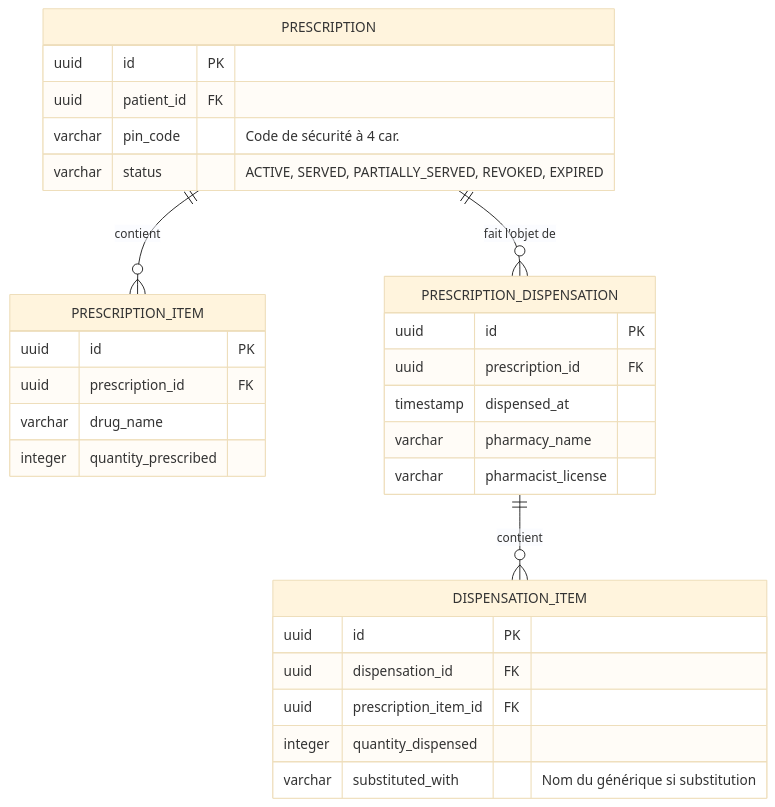
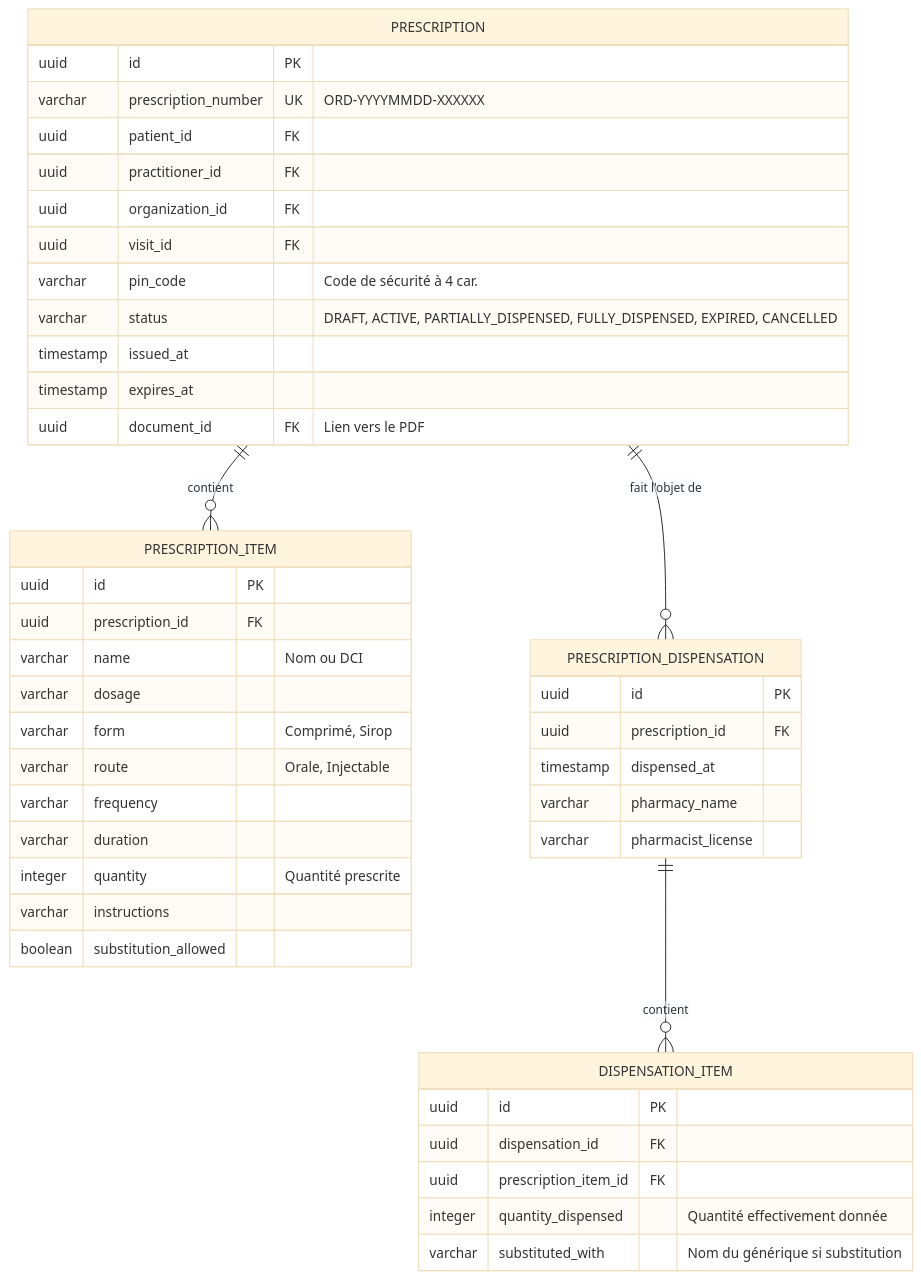
Before and after one commit to fomekong-jocelin/joprelys-connect: the diagram in docs/features/pharmacy-dispensation/TECHNICAL-DESIGN.md, drawn with Mermaid (base theme). The commit also changed other lines of this file and 4 other files, not shown here.

````diff
--- a/docs/features/pharmacy-dispensation/TECHNICAL-DESIGN.md
+++ b/docs/features/pharmacy-dispensation/TECHNICAL-DESIGN.md
@@ -15,32 +15,46 @@
 ```mermaid
 erDiagram
     PRESCRIPTION {
         uuid id PK
+        varchar prescription_number UK "ORD-YYYYMMDD-XXXXXX"
         uuid patient_id FK
+        uuid practitioner_id FK
+        uuid organization_id FK
+        uuid visit_id FK
         varchar pin_code "Code de sécurité à 4 car."
-        varchar status "ACTIVE, SERVED, PARTIALLY_SERVED, REVOKED, EXPIRED"
+        varchar status "DRAFT, ACTIVE, PARTIALLY_DISPENSED, FULLY_DISPENSED, EXPIRED, CANCELLED"
+        timestamp issued_at
+        timestamp expires_at
+        uuid document_id FK "Lien vers le PDF"
     }
     PRESCRIPTION_ITEM {
         uuid id PK
         uuid prescription_id FK
-        varchar drug_name
-        integer quantity_prescribed
+        varchar name "Nom ou DCI"
+        varchar dosage
+        varchar form "Comprimé, Sirop"
+        varchar route "Orale, Injectable"
+        varchar frequency
+        varchar duration
+        integer quantity "Quantité prescrite"
+        varchar instructions
+        boolean substitution_allowed
     }
     PRESCRIPTION_DISPENSATION {
         uuid id PK
         uuid prescription_id FK
         timestamp dispensed_at
         varchar pharmacy_name
         varchar pharmacist_license
     }
     DISPENSATION_ITEM {
         uuid id PK
         uuid dispensation_id FK
         uuid prescription_item_id FK
-        integer quantity_dispensed
+        integer quantity_dispensed "Quantité effectivement donnée"
         varchar substituted_with "Nom du générique si substitution"
     }
     PRESCRIPTION ||--o{ PRESCRIPTION_ITEM : "contient"
     PRESCRIPTION ||--o{ PRESCRIPTION_DISPENSATION : "fait l'objet de"
     PRESCRIPTION_DISPENSATION ||--o{ DISPENSATION_ITEM : "contient"
 ```
````
